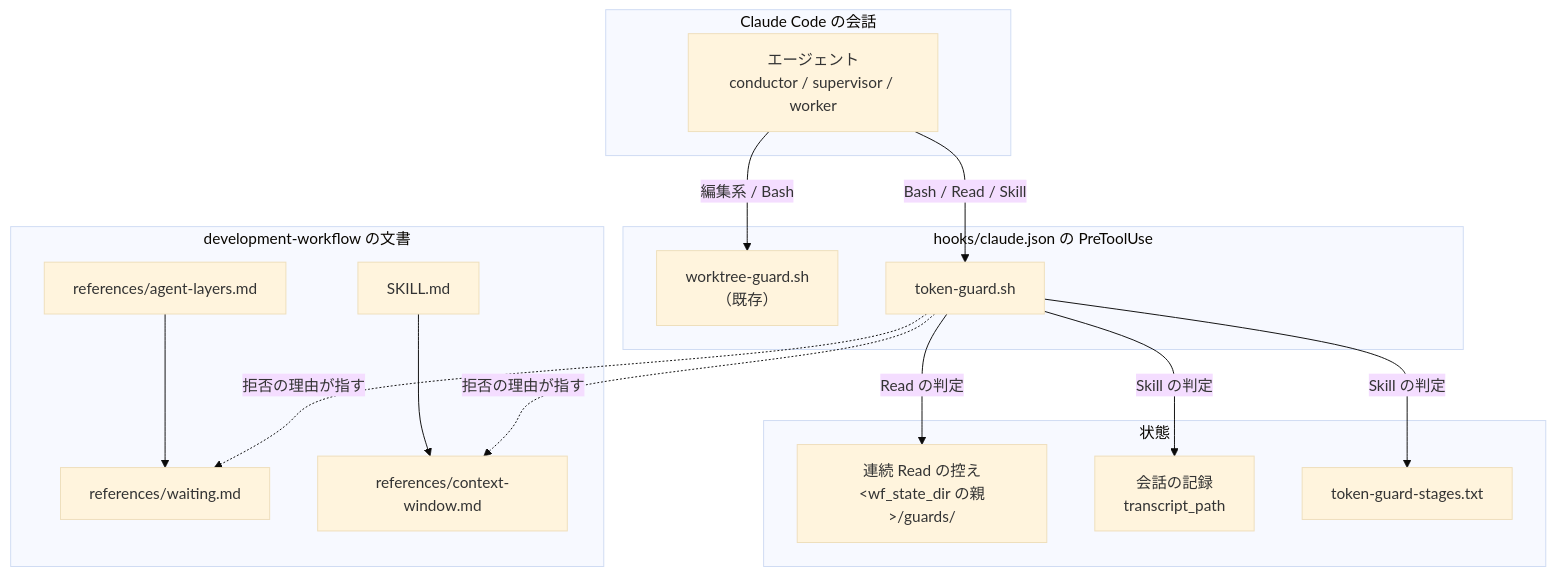
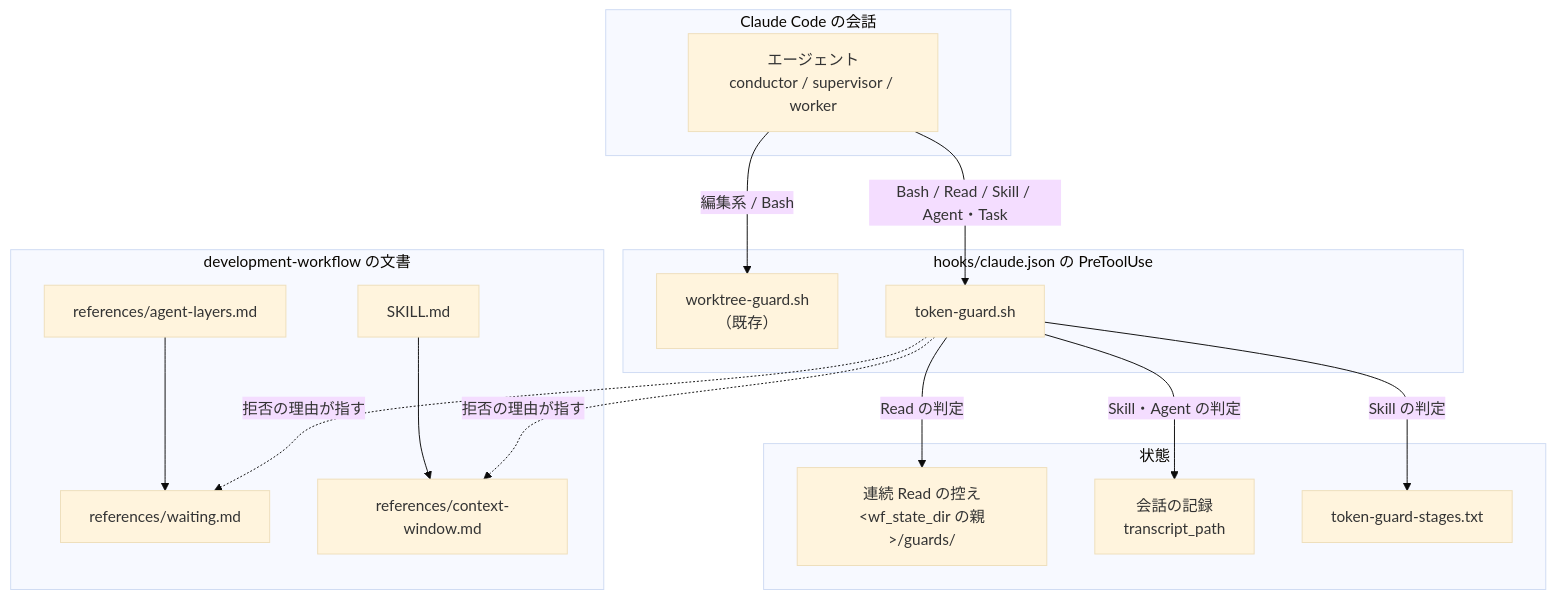
The first of 3 diagrams in issues/issue-829-830-design.md (devbasex/ai-plugins), drawn with Mermaid (base theme) before and after one commit. The commit also changed other lines of this file and 1 other file, not shown here.

````diff
--- a/issues/issue-829-830-design.md
+++ b/issues/issue-829-830-design.md
@@ -46,30 +46,30 @@
 ```mermaid
 graph TB
   subgraph CC["Claude Code の会話"]
     AG["エージェント<br/>conductor / supervisor / worker"]
   end
   subgraph HK["hooks/claude.json の PreToolUse"]
     WG["worktree-guard.sh<br/>（既存）"]
     TG["token-guard.sh"]
   end
   subgraph ST["状態"]
     RS["連続 Read の控え<br/>#lt;wf_state_dir の親#gt;/guards/"]
     TR["会話の記録<br/>transcript_path"]
     SL["token-guard-stages.txt"]
   end
   subgraph DOC["development-workflow の文書"]
     WT["references/waiting.md"]
     CW["references/context-window.md"]
     AL["references/agent-layers.md"]
     SK["SKILL.md"]
   end
-  AG -->|"Bash / Read / Skill"| TG
+  AG -->|"Bash / Read / Skill / Agent・Task"| TG
   AG -->|"編集系 / Bash"| WG
   TG -->|"Read の判定"| RS
-  TG -->|"Skill の判定"| TR
+  TG -->|"Skill・Agent の判定"| TR
   TG -->|"Skill の判定"| SL
   TG -. "拒否の理由が指す" .-> WT
   TG -. "拒否の理由が指す" .-> CW
   AL --> WT
   SK --> CW
 ```
````
